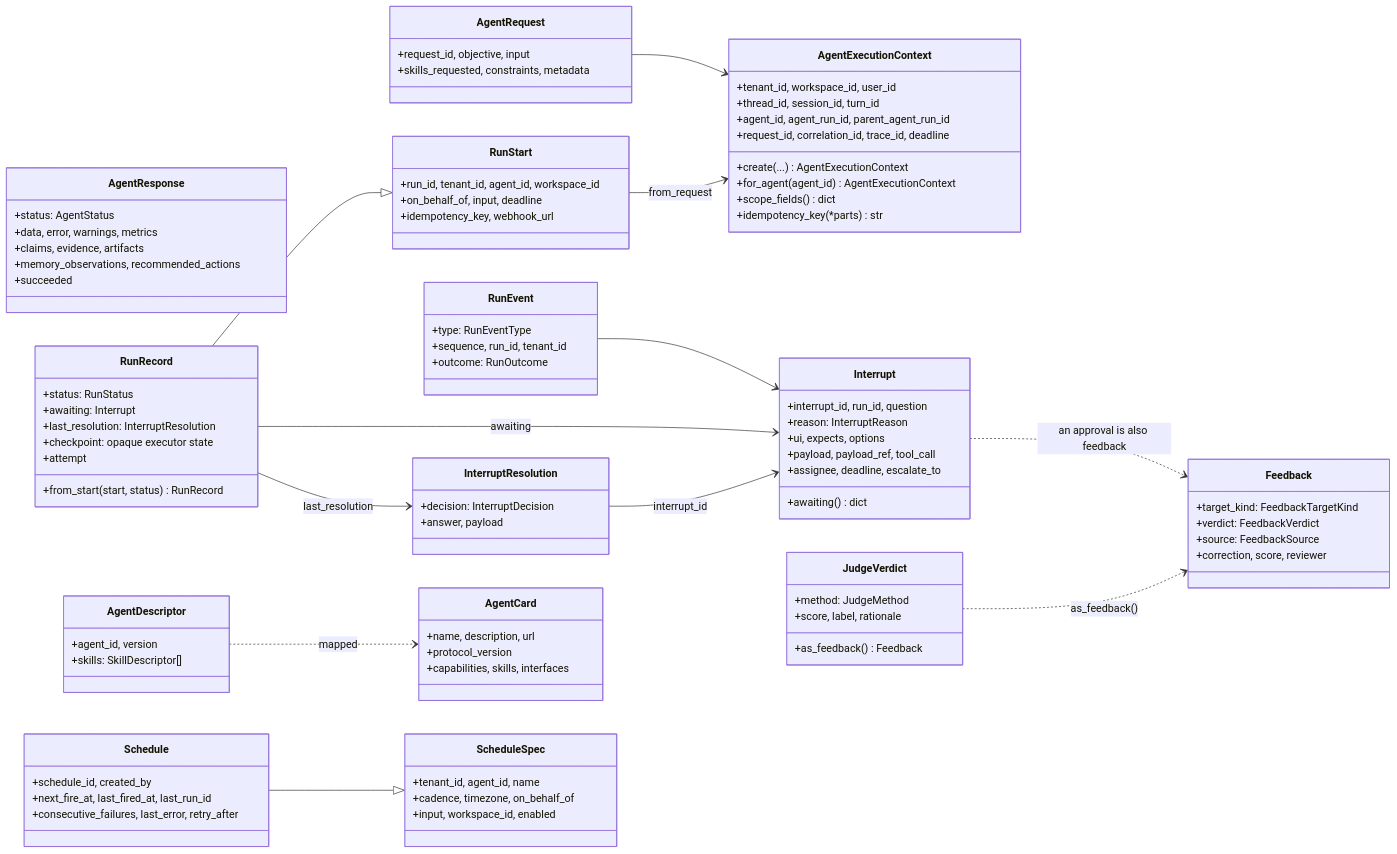
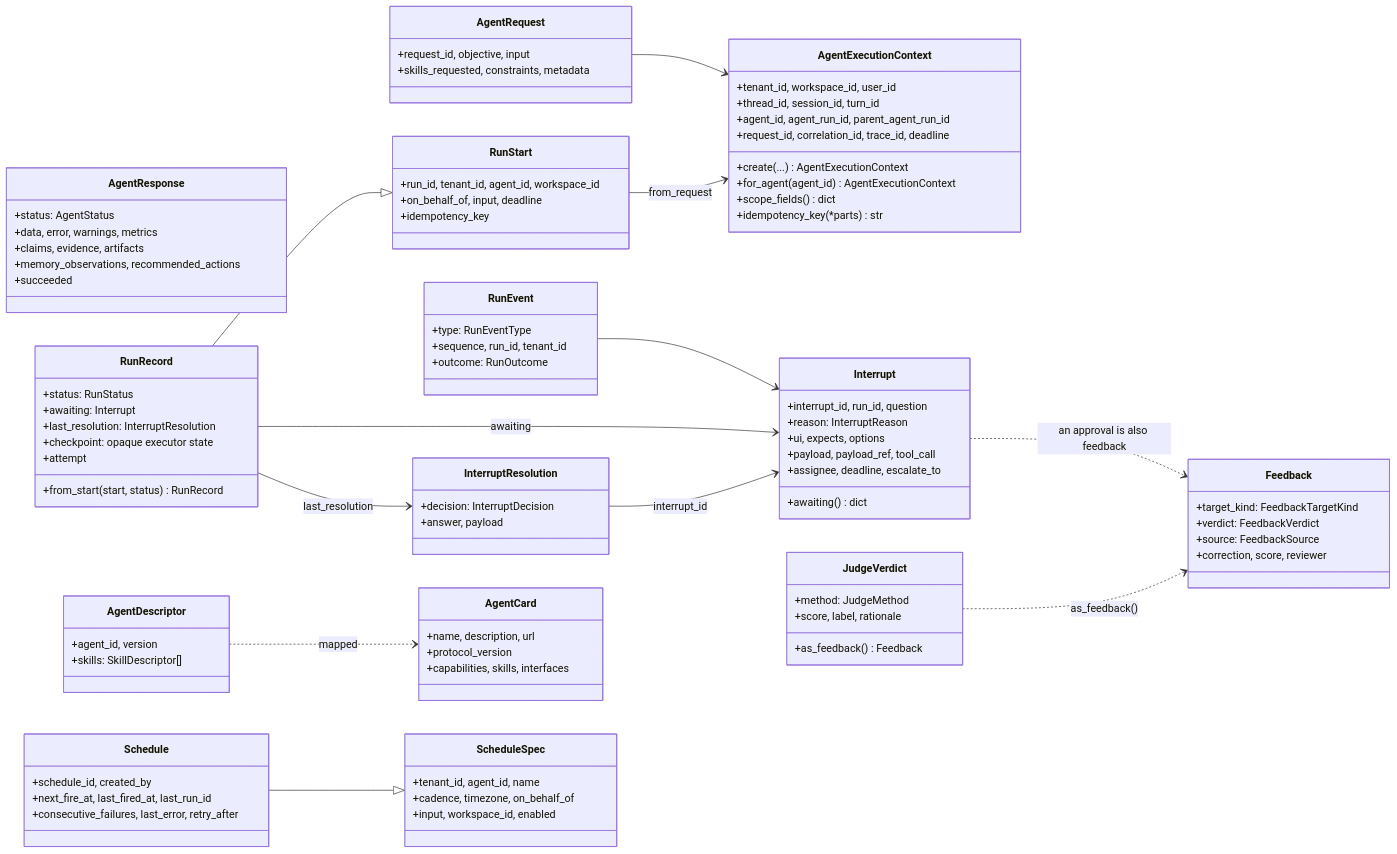
Before and after one commit to amitmohapatra/agent-contracts: the first of 3 diagrams in README.md, drawn with Mermaid. The commit also changed 4 other files, not shown here.

First line of the commit message:
Runs and schedules carry no webhook_url

```diff
--- a/README.md
+++ b/README.md
@@ -58,7 +58,7 @@
   class RunStart {
     +run_id, tenant_id, agent_id, workspace_id
     +on_behalf_of, input, deadline
-    +idempotency_key, webhook_url
+    +idempotency_key
   }
   class RunRecord {
     +status: RunStatus
```
